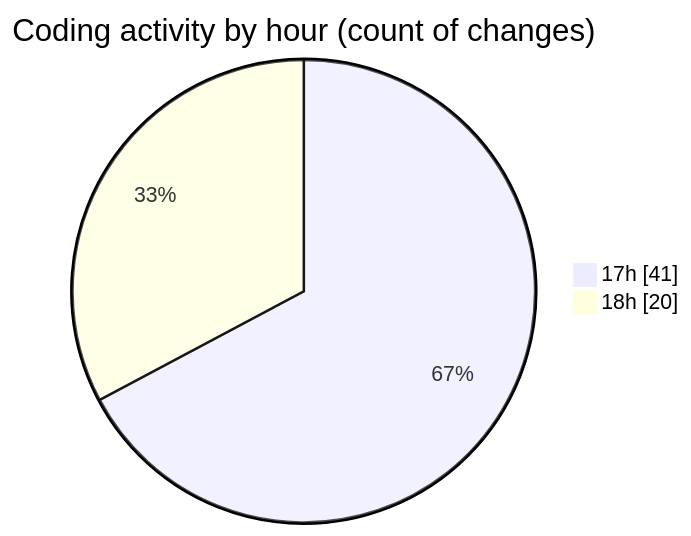
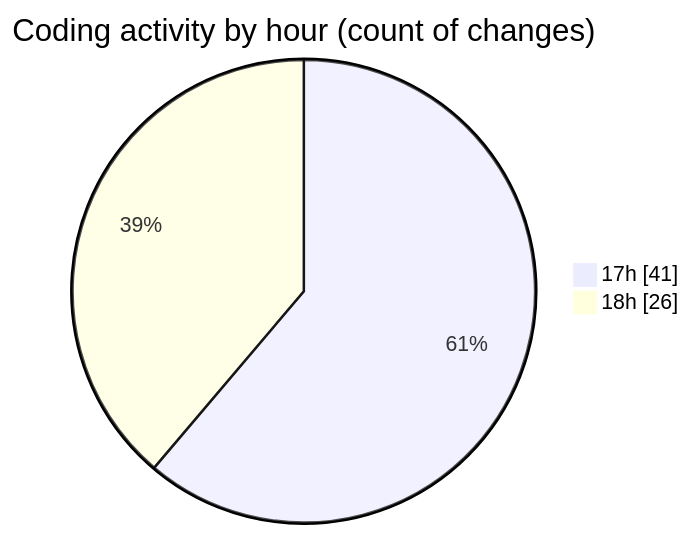
The second of 2 diagrams in 2025-03-20/cda/README.md (momahboobian/code-tracking), drawn with Mermaid before and after one commit. The commit also changed other lines of this file and 1 other file, not shown here.

````diff
--- a/2025-03-20/cda/README.md
+++ b/2025-03-20/cda/README.md
@@ -30,6 +30,6 @@
 ```mermaid
 pie showData
 title Coding activity by hour (count of changes)
 "17h" : 41
-"18h" : 20
+"18h" : 26
 ```
````
